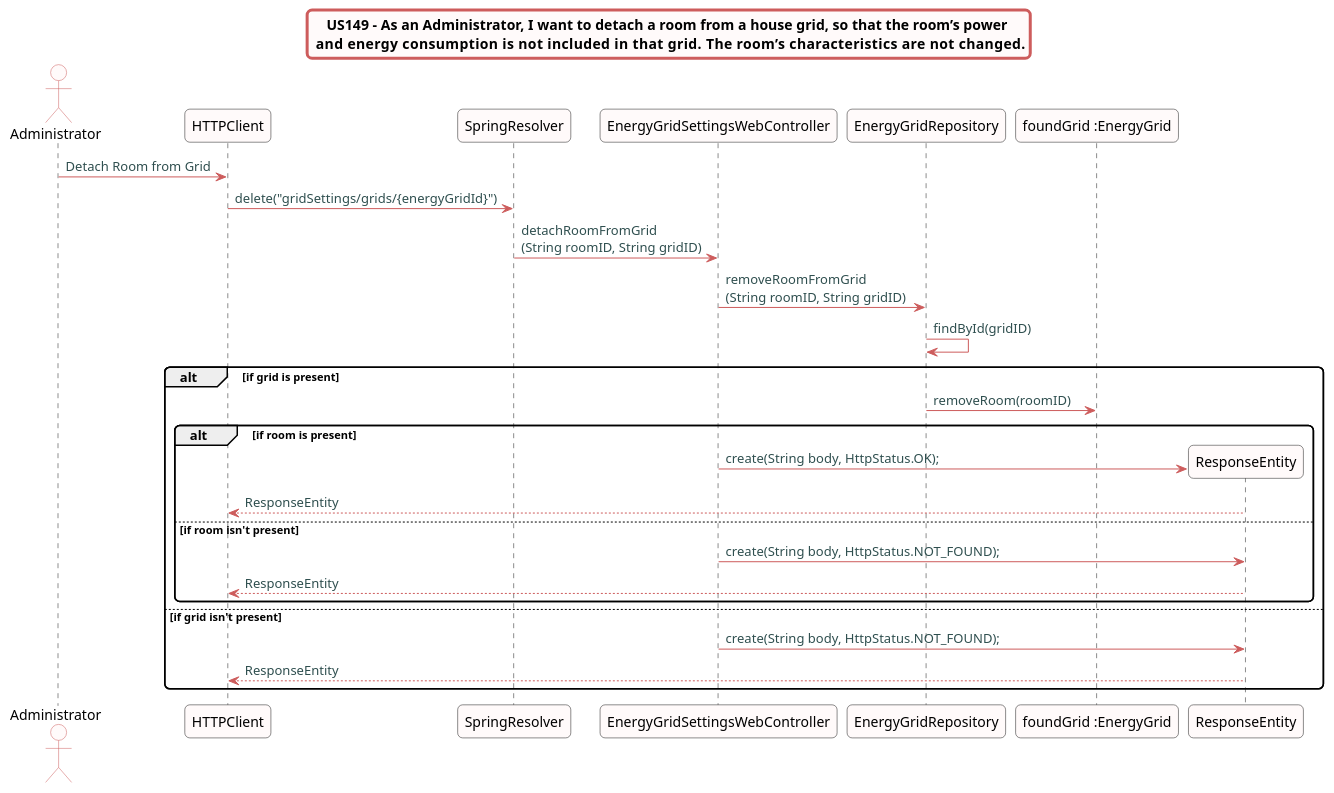
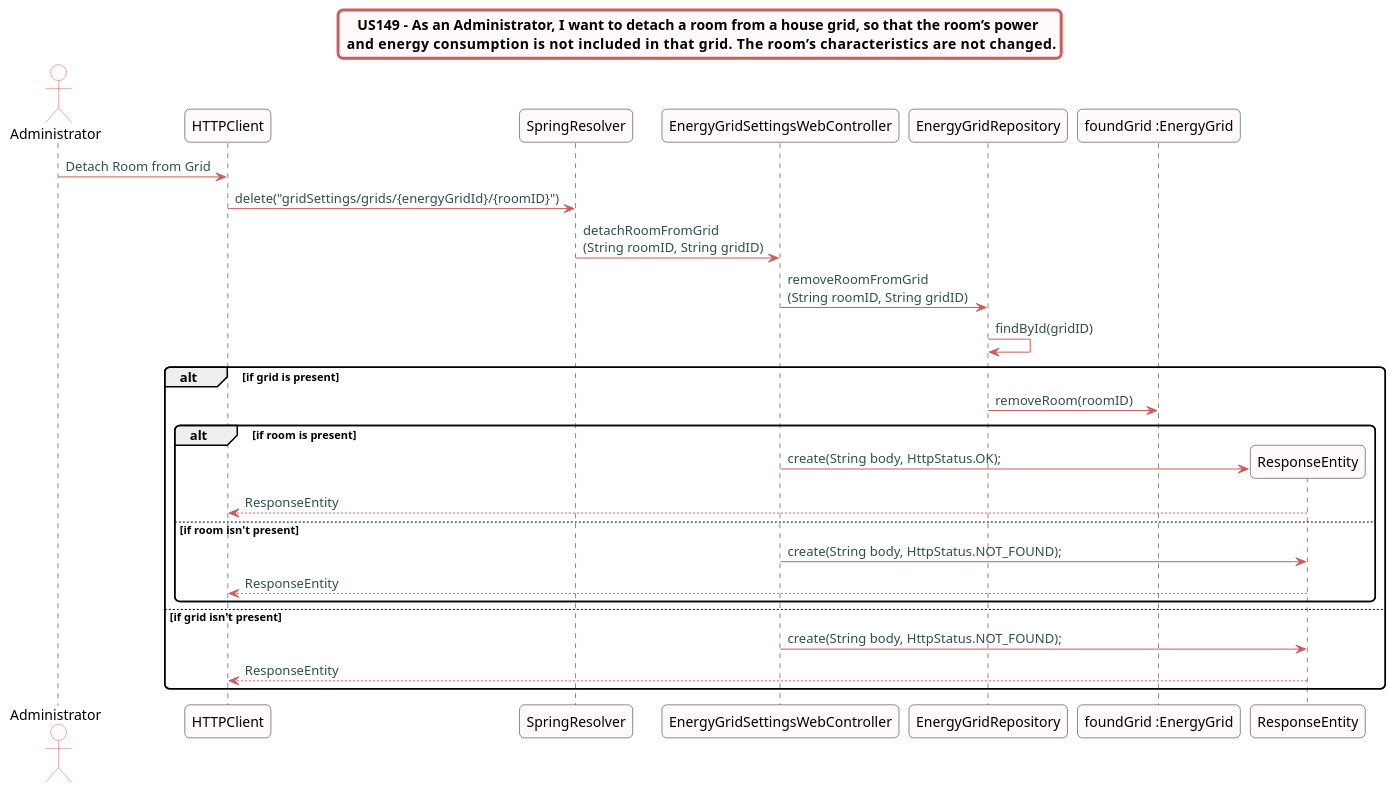
The diagram in src/doc/WEB_Controllers/EnergyGridSettings/US149/US149_sd_EnergyGridSettingsWebController.puml (Almadanmp/project), drawn with PlantUML before and after one commit. The commit also changed 5 other files, not shown here.

Commit message:
Refactors US149 sequence and class diagrams. Fixes US149 to receive the room ID as a path variable and not as body.

```diff
--- a/src/doc/WEB_Controllers/EnergyGridSettings/US149/US149_sd_EnergyGridSettingsWebController.puml
+++ b/src/doc/WEB_Controllers/EnergyGridSettings/US149/US149_sd_EnergyGridSettingsWebController.puml
@@ -1,50 +1,50 @@
 @startuml
 
 title  US149 - As an Administrator, I want to detach a room from a house grid, so that the room’s power \n and energy  consumption  is  not  included  in  that  grid.  The  room’s characteristics are not changed.
 skinparam titleBorderRoundCorner 10
 skinparam titleBorderThickness 3
 skinparam titleBorderColor indianred
 skinparam titleBackgroundColor snow
 skinparam FontName quicksand
 
 skinparam actor {
   BorderColor indianred
   backgroundColor Snow
   }
 
 skinparam sequence {
   LifeLineBackgroundColor indianred
   ParticipantBackgroundColor snow
 }
 
 skinparam roundcorner 10
 
 skinparam component {
   arrowThickness 1
   ArrowFontName Verdana
   ArrowColor indianred
   ArrowFontColor darkslategrey
 }
 
 actor "Administrator"
 
 Administrator->HTTPClient: Detach Room from Grid
-HTTPClient -> SpringResolver: delete("gridSettings/grids/{energyGridId}")
+HTTPClient -> SpringResolver: delete("gridSettings/grids/{energyGridId}/{roomID}")
 SpringResolver -> EnergyGridSettingsWebController: detachRoomFromGrid\n(String roomID, String gridID)
 EnergyGridSettingsWebController->EnergyGridRepository: removeRoomFromGrid\n(String roomID, String gridID)
 EnergyGridRepository->EnergyGridRepository: findById(gridID)
 alt if grid is present
 EnergyGridRepository->"foundGrid :EnergyGrid" : removeRoom(roomID)
 alt if room is present
 create ResponseEntity
 EnergyGridSettingsWebController -> ResponseEntity: create(String body, HttpStatus.OK);
 ResponseEntity-->HTTPClient: ResponseEntity
 else if room isn't present
 EnergyGridSettingsWebController -> ResponseEntity: create(String body, HttpStatus.NOT_FOUND);
 ResponseEntity-->HTTPClient: ResponseEntity
 end
 else if grid isn't present
 EnergyGridSettingsWebController -> ResponseEntity: create(String body, HttpStatus.NOT_FOUND);
 ResponseEntity-->HTTPClient: ResponseEntity
 end
 @enduml
```
